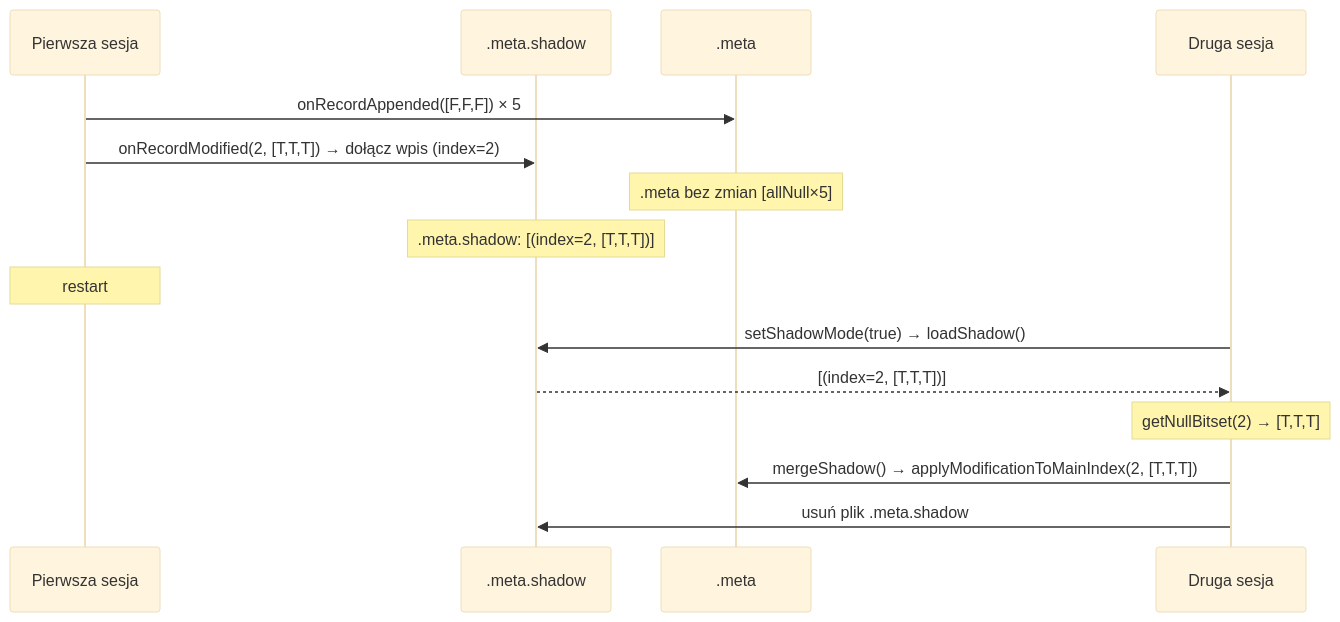
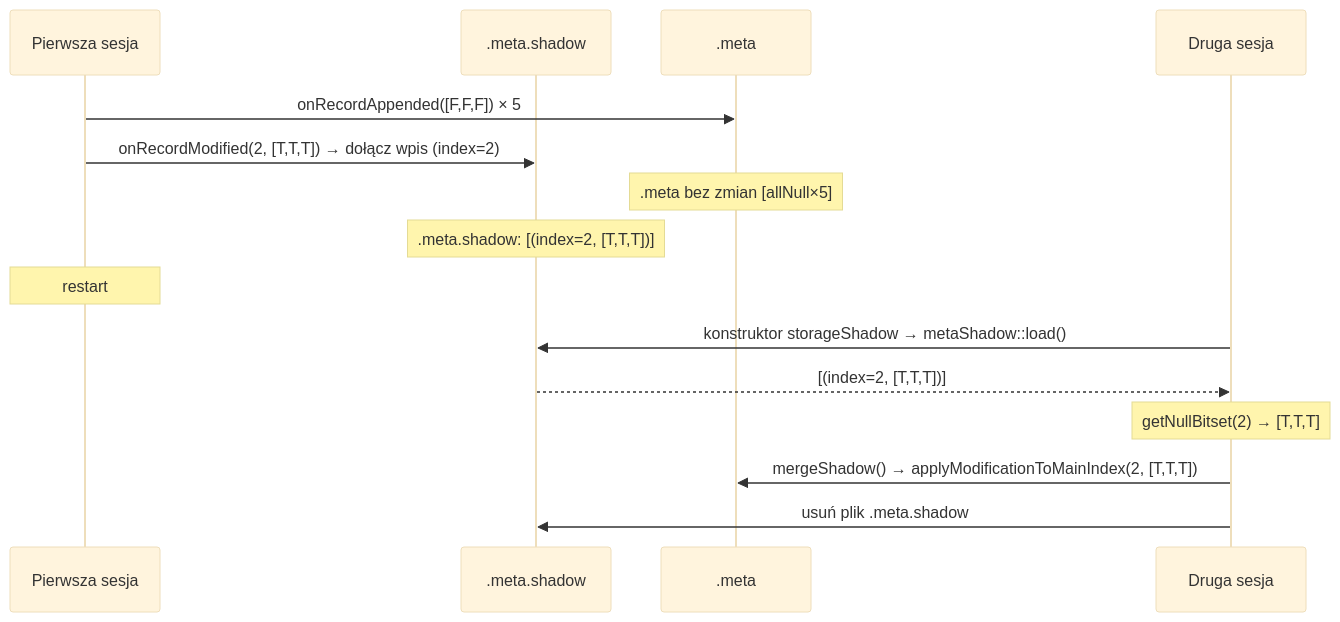
One commit to michalwidera/dokumentacja-rdb changed the eighth of 9 diagrams in architektura-systemu-przetwarzania-danych/format-zapisu-danych/pliki.md. Above: the diagram before and after it, drawn with Mermaid (base theme). The commit also changed other lines of this file and 16 other files, not shown here.

````diff
--- a/architektura-systemu-przetwarzania-danych/format-zapisu-danych/pliki.md
+++ b/architektura-systemu-przetwarzania-danych/format-zapisu-danych/pliki.md
@@ -545,21 +565,21 @@
 ```mermaid
 %% pdf-width: 100%
 sequenceDiagram
     participant Proc1 as Pierwsza sesja
     participant MS as .meta.shadow
     participant Meta as .meta
 
     Proc1->>Meta: onRecordAppended([F,F,F]) × 5
     Proc1->>MS: onRecordModified(2, [T,T,T]) → dołącz wpis (index=2)
     Note over Meta: .meta bez zmian [allNull×5]
     Note over MS: .meta.shadow: [(index=2, [T,T,T])]
 
     Note over Proc1: restart
 
     participant Proc2 as Druga sesja
-    Proc2->>MS: setShadowMode(true) → loadShadow()
+    Proc2->>MS: konstruktor storageShadow → metaShadow::load()
     MS-->>Proc2: [(index=2, [T,T,T])]
     Note over Proc2: getNullBitset(2) → [T,T,T]
     Proc2->>Meta: mergeShadow() → applyModificationToMainIndex(2, [T,T,T])
     Proc2->>MS: usuń plik .meta.shadow
 ```
````
